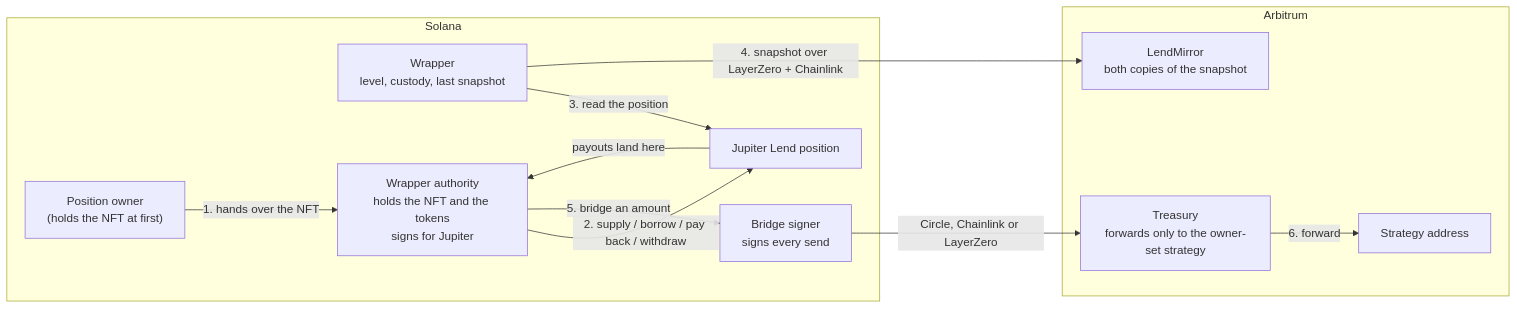
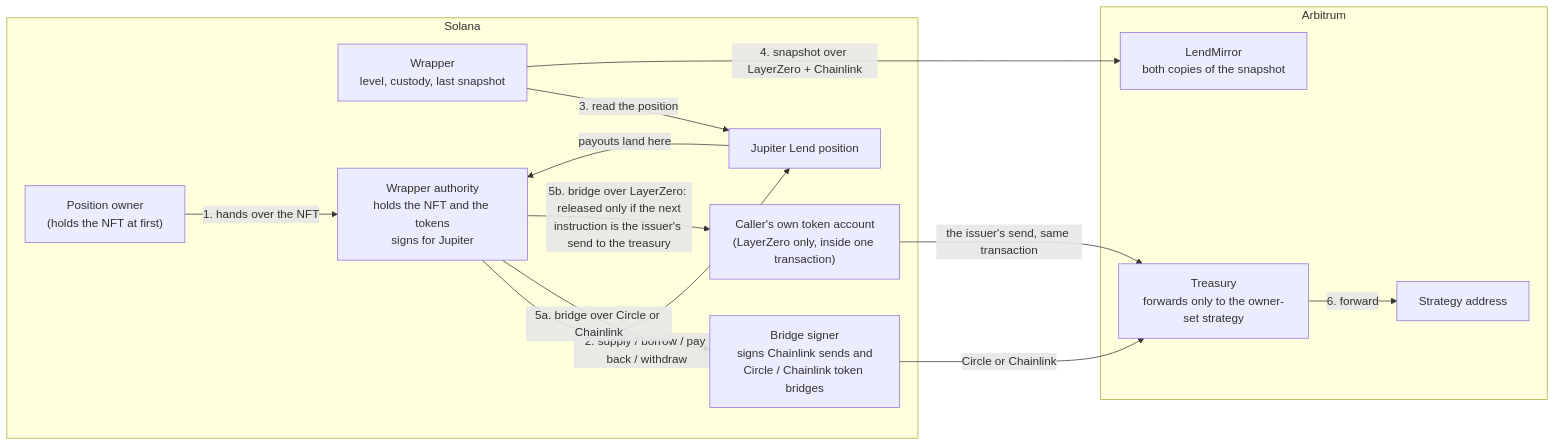
One commit to avyactjain/lendmirror changed the diagram in readme.md. Above: the diagram before and after it, drawn with Mermaid. The commit also changed other lines of this file and 7 other files, not shown here.

````diff
--- a/readme.md
+++ b/readme.md
@@ -37,23 +37,26 @@
 ```mermaid
 flowchart LR
     subgraph SOL["Solana"]
         OWNER["Position owner<br/>(holds the NFT at first)"]
         W["Wrapper<br/>level, custody, last snapshot"]
         AUTH["Wrapper authority<br/>holds the NFT and the tokens<br/>signs for Jupiter"]
         JUP["Jupiter Lend position"]
-        BS["Bridge signer<br/>signs every send"]
+        BS["Bridge signer<br/>signs Chainlink sends and<br/>Circle / Chainlink token bridges"]
+        CALLER["Caller's own token account<br/>(LayerZero only, inside one transaction)"]
     end
     subgraph ARB["Arbitrum"]
         LM["LendMirror<br/>both copies of the snapshot"]
         TR["Treasury<br/>forwards only to the owner-set strategy"]
         STRAT["Strategy address"]
     end
     OWNER -- "1. hands over the NFT" --> AUTH
     AUTH -- "2. supply / borrow / pay back / withdraw" --> JUP
     JUP -- "payouts land here" --> AUTH
     W -- "3. read the position" --> JUP
     W -- "4. snapshot over LayerZero + Chainlink" --> LM
-    AUTH -- "5. bridge an amount" --> BS
-    BS -- "Circle, Chainlink or LayerZero" --> TR
+    AUTH -- "5a. bridge over Circle or Chainlink" --> BS
+    BS -- "Circle or Chainlink" --> TR
+    AUTH -- "5b. bridge over LayerZero: released only if the next<br/>instruction is the issuer's send to the treasury" --> CALLER
+    CALLER -- "the issuer's send, same transaction" --> TR
     TR -- "6. forward" --> STRAT
 ```
````
